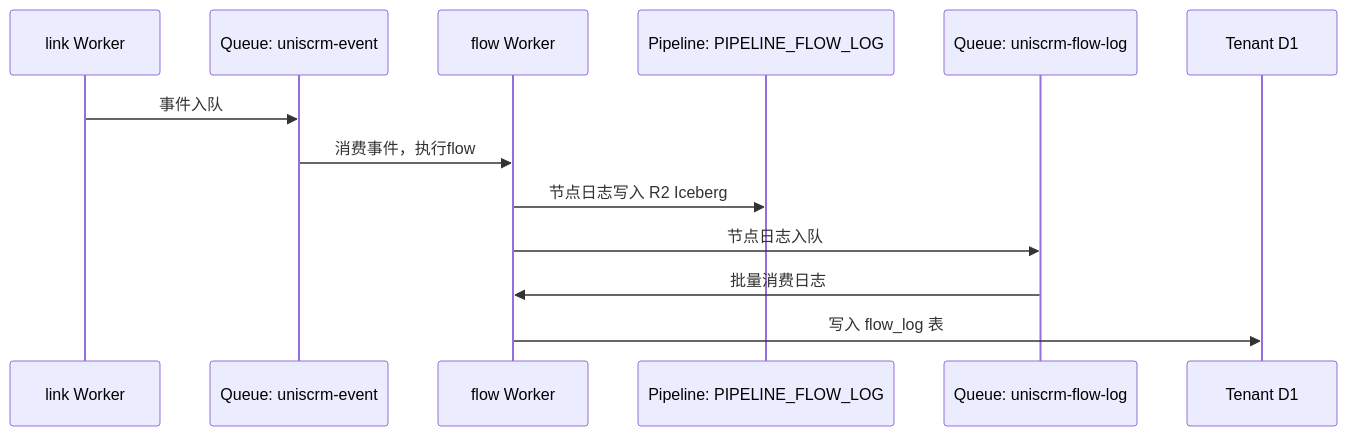
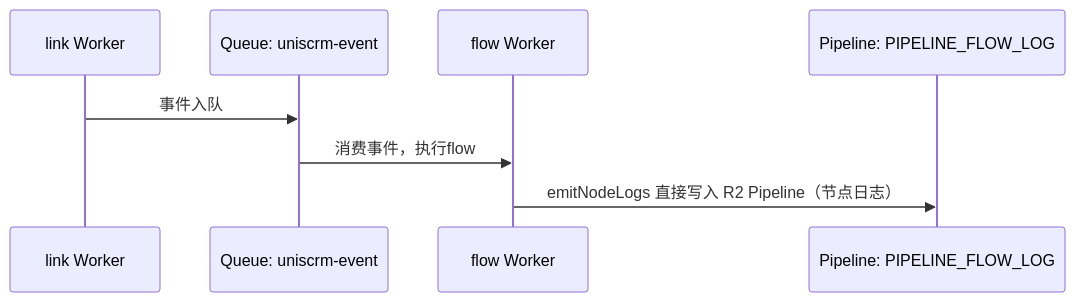
One commit to zcqqq/uniscrm-web changed the first of 4 diagrams in flow/sequence.md. Above: the diagram before and after it, drawn with Mermaid. The commit also changed other lines of this file and 4 other files, not shown here.

Commit message:
feat(flow): emitNodeLogs sends directly to R2 pipeline, remove FLOW_LOG_QUEUE

````diff
--- a/flow/sequence.md
+++ b/flow/sequence.md
@@ -1,16 +1,11 @@
 ```mermaid
 sequenceDiagram
     participant LW as link Worker
     participant EQ as Queue: uniscrm-event
     participant FW as flow Worker
     participant PLG as Pipeline: PIPELINE_FLOW_LOG
-    participant LQ as Queue: uniscrm-flow-log
-    participant TDB as Tenant D1
 
     LW->>EQ: 事件入队
     EQ->>FW: 消费事件，执行flow
-    FW->>PLG: 节点日志写入 R2 Iceberg
-    FW->>LQ: 节点日志入队
-    LQ->>FW: 批量消费日志
-    FW->>TDB: 写入 flow_log 表
+    FW->>PLG: emitNodeLogs 直接写入 R2 Pipeline（节点日志）
 ```
````
